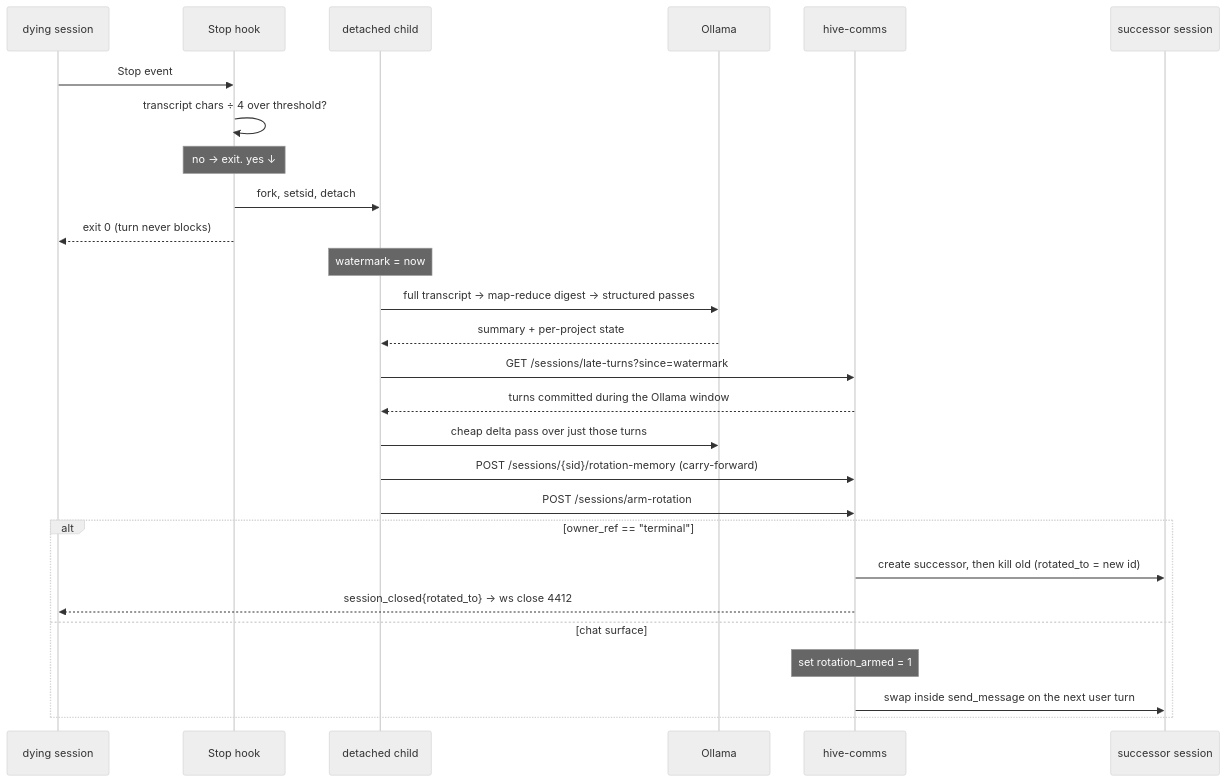
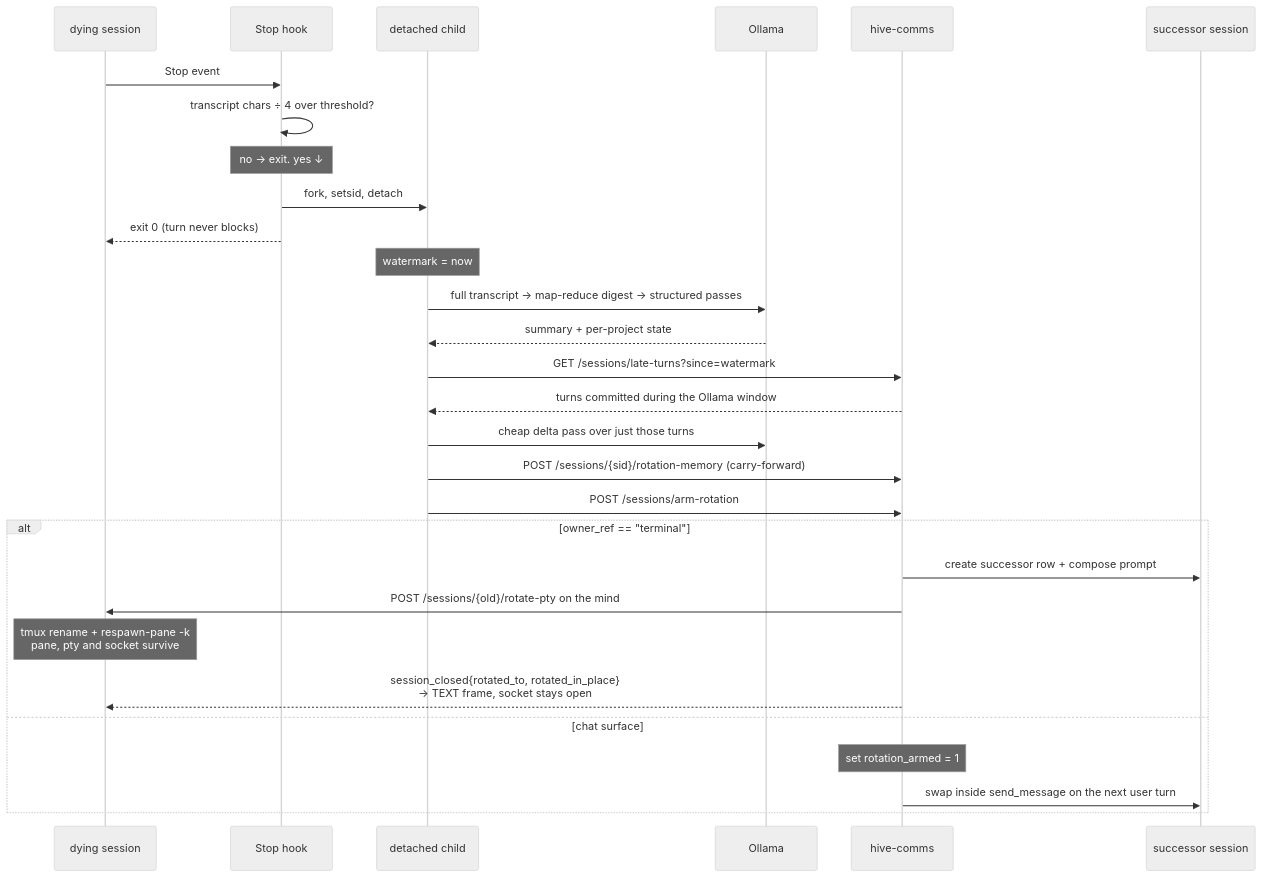
Before and after one commit to danielstewart77/hive-edge-minds: the diagram in docs/memory-system/session-rotation.md, drawn with Mermaid (neutral theme). The commit also changed other lines of this file and 8 other files, not shown here.

````diff
--- a/docs/memory-system/session-rotation.md
+++ b/docs/memory-system/session-rotation.md
@@ -10,32 +10,34 @@
 ```mermaid
 sequenceDiagram
     participant M as dying session
     participant H as Stop hook
     participant BG as detached child
     participant O as Ollama
     participant NS as hive-comms
     participant N as successor session
 
     M->>H: Stop event
     H->>H: transcript chars ÷ 4 over threshold?
     Note over H: no → exit. yes ↓
     H->>BG: fork, setsid, detach
     H-->>M: exit 0 (turn never blocks)
 
     Note over BG: watermark = now
     BG->>O: full transcript → map-reduce digest → structured passes
     O-->>BG: summary + per-project state
     BG->>NS: GET /sessions/late-turns?since=watermark
     NS-->>BG: turns committed during the Ollama window
     BG->>O: cheap delta pass over just those turns
     BG->>NS: POST /sessions/{sid}/rotation-memory (carry-forward)
     BG->>NS: POST /sessions/arm-rotation
 
     alt owner_ref == "terminal"
-        NS->>N: create successor, then kill old (rotated_to = new id)
-        NS-->>M: session_closed{rotated_to} → ws close 4412
+        NS->>N: create successor row + compose prompt
+        NS->>M: POST /sessions/{old}/rotate-pty on the mind
+        Note over M: tmux rename + respawn-pane -k<br/>pane, pty and socket survive
+        NS-->>M: session_closed{rotated_to, rotated_in_place}<br/>→ TEXT frame, socket stays open
     else chat surface
         Note over NS: set rotation_armed = 1
         NS->>N: swap inside send_message on the next user turn
     end
 ```
````
